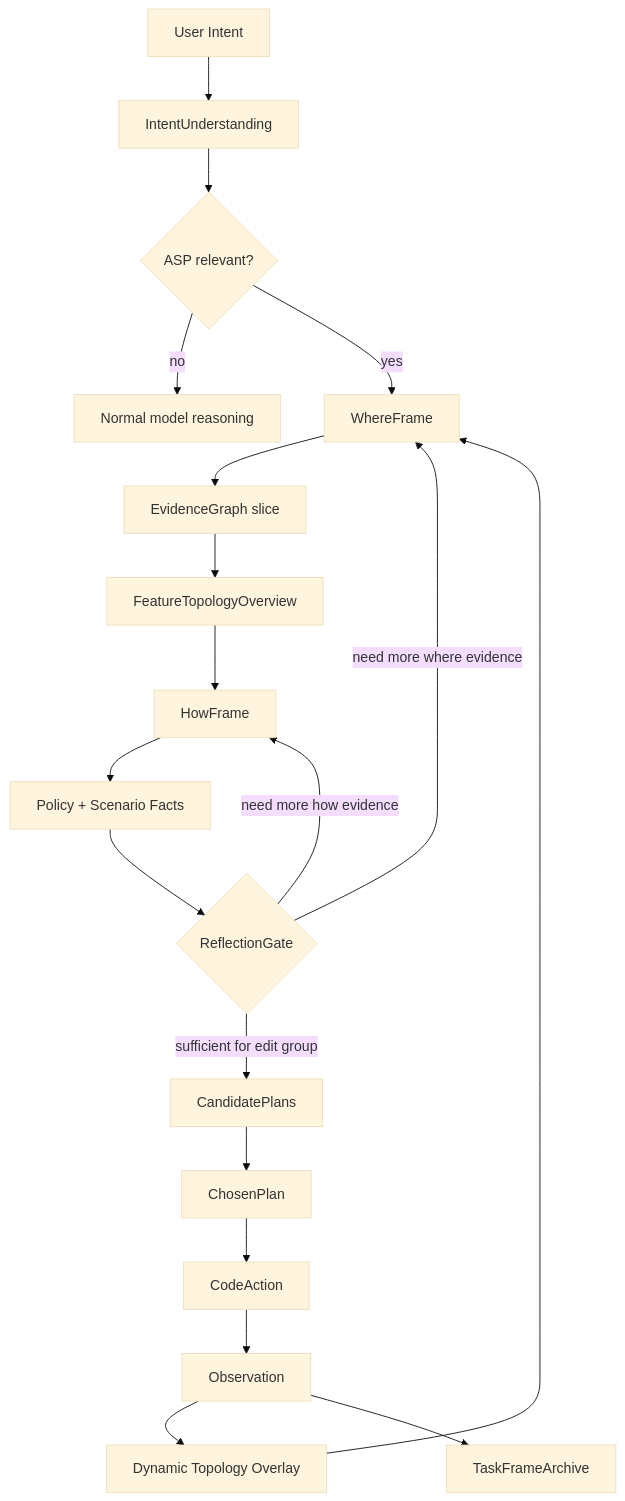
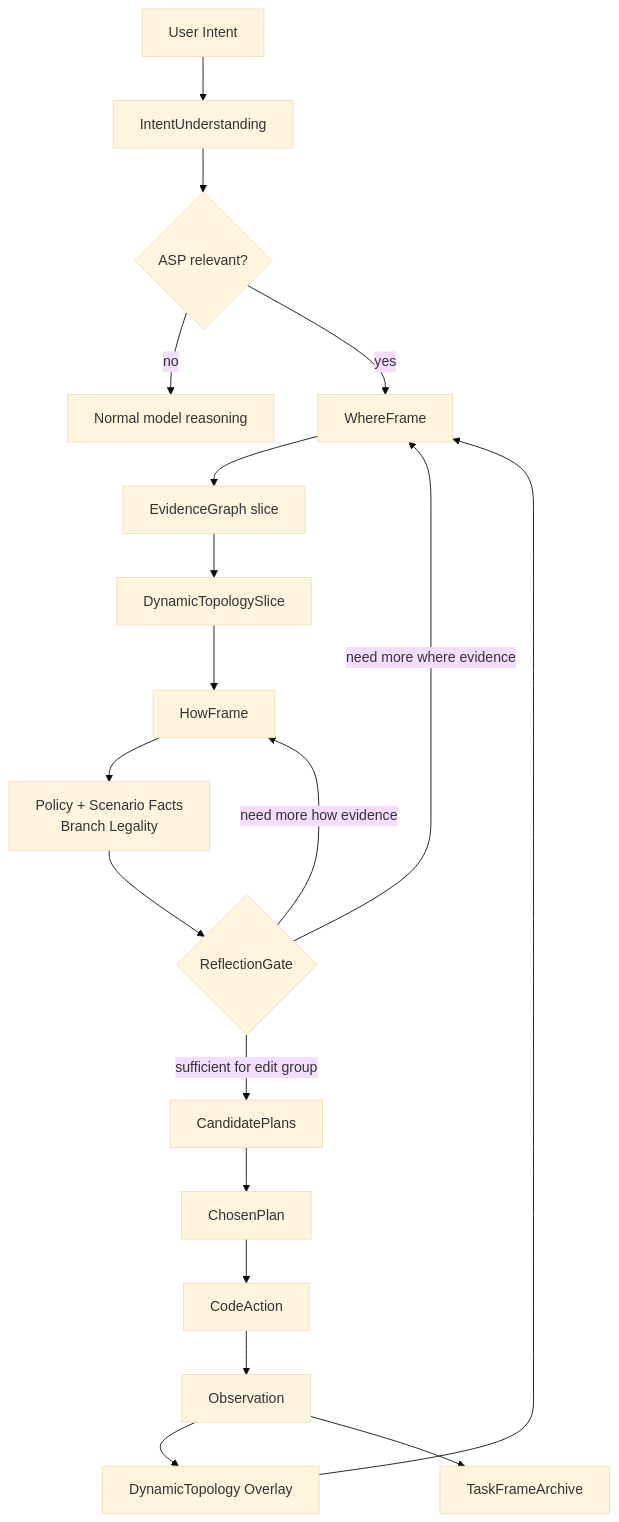
One commit to tao3k/org changed the diagram in contracts/scenarios/asp.where-how-loop.scenario.v1.org. Above: the diagram before and after it, drawn with Mermaid (base theme). The commit also changed other lines of this file and 19 other files, not shown here.

```diff
--- a/contracts/scenarios/asp.where-how-loop.scenario.v1.org
+++ b/contracts/scenarios/asp.where-how-loop.scenario.v1.org
@@ -61,21 +67,21 @@
 #+BEGIN_SRC mermaid
 flowchart TD
     A["User Intent"] --> B["IntentUnderstanding"]
     B --> C{"ASP relevant?"}
     C -- "no" --> Z["Normal model reasoning"]
     C -- "yes" --> D["WhereFrame"]
     D --> E["EvidenceGraph slice"]
-    E --> F["FeatureTopologyOverview"]
+    E --> F["DynamicTopologySlice"]
     F --> G["HowFrame"]
-    G --> H["Policy + Scenario Facts"]
+    G --> H["Policy + Scenario Facts<br/>Branch Legality"]
     H --> I{"ReflectionGate"}
     I -- "need more where evidence" --> D
     I -- "need more how evidence" --> G
     I -- "sufficient for edit group" --> J["CandidatePlans"]
     J --> K["ChosenPlan"]
     K --> L["CodeAction"]
     L --> M["Observation"]
-    M --> N["Dynamic Topology Overlay"]
+    M --> N["DynamicTopology Overlay"]
     N --> D
     M --> O["TaskFrameArchive"]
 #+END_SRC
```
